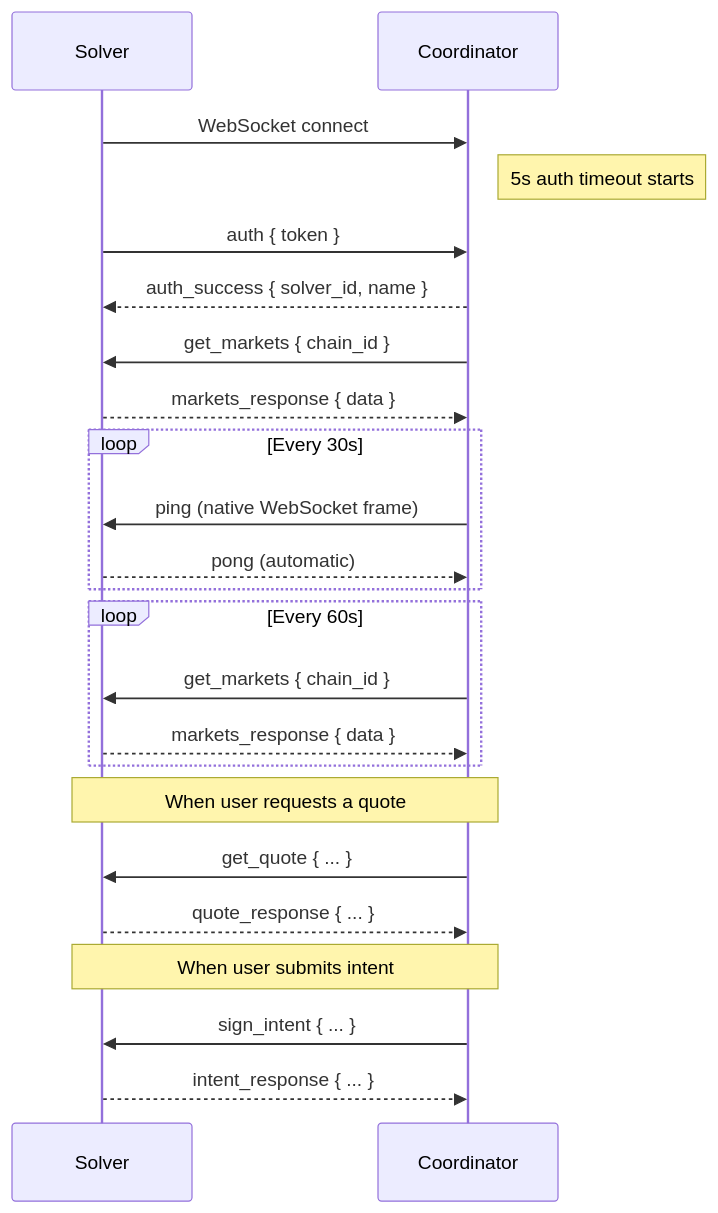
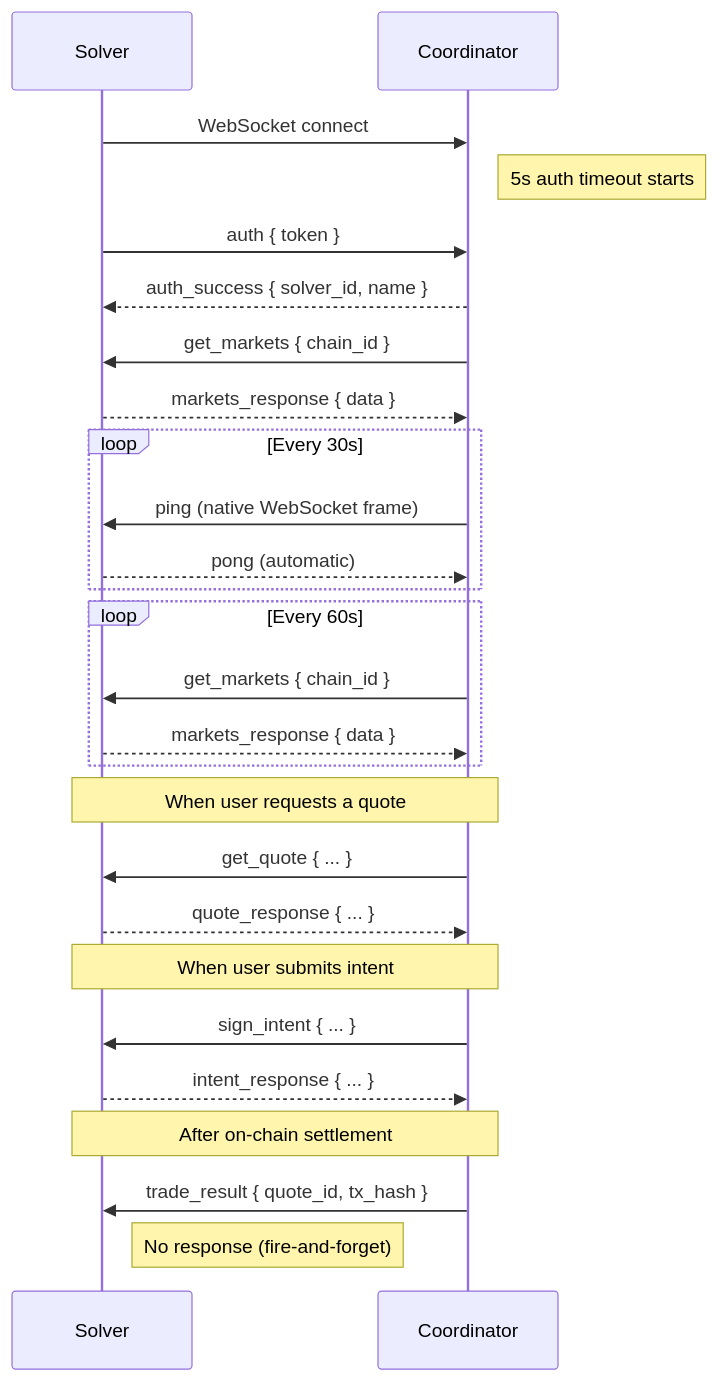
Before and after one commit to Miljan9602/docs: the diagram in solver/websocket-guide.mdx, drawn with Mermaid. The commit also changed other lines of this file and 8 other files, not shown here.

````diff
--- a/solver/websocket-guide.mdx
+++ b/solver/websocket-guide.mdx
@@ -52,32 +52,36 @@
 ```mermaid
 sequenceDiagram
     participant Solver
     participant Coordinator
 
     Solver->>Coordinator: WebSocket connect
     Note right of Coordinator: 5s auth timeout starts
 
     Solver->>Coordinator: auth { token }
     Coordinator-->>Solver: auth_success { solver_id, name }
 
     Coordinator->>Solver: get_markets { chain_id }
     Solver-->>Coordinator: markets_response { data }
 
     loop Every 30s
         Coordinator->>Solver: ping (native WebSocket frame)
         Solver-->>Coordinator: pong (automatic)
     end
 
     loop Every 60s
         Coordinator->>Solver: get_markets { chain_id }
         Solver-->>Coordinator: markets_response { data }
     end
 
     Note over Coordinator, Solver: When user requests a quote
     Coordinator->>Solver: get_quote { ... }
     Solver-->>Coordinator: quote_response { ... }
 
     Note over Coordinator, Solver: When user submits intent
     Coordinator->>Solver: sign_intent { ... }
     Solver-->>Coordinator: intent_response { ... }
+
+    Note over Coordinator, Solver: After on-chain settlement
+    Coordinator->>Solver: trade_result { quote_id, tx_hash }
+    Note right of Solver: No response (fire-and-forget)
 ```
````
